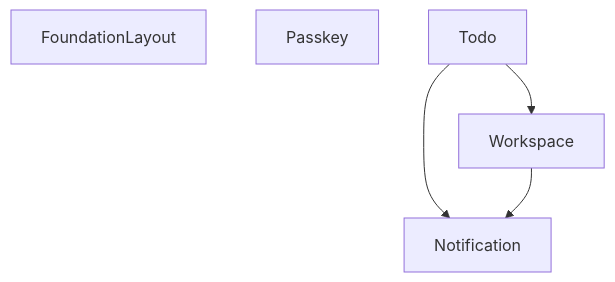
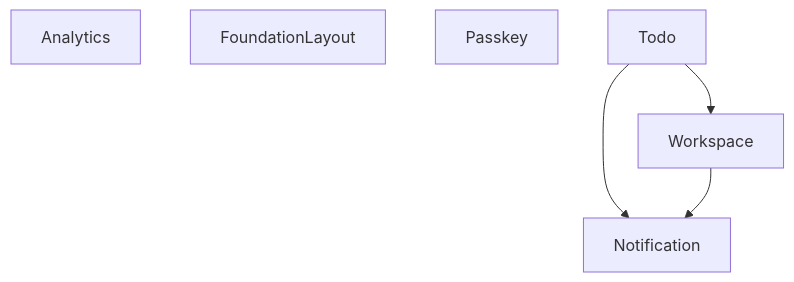
The diagram in docs/module-dependency-graph.md (rokde/laravel-starter-kit), drawn with Mermaid before and after one commit. The commit also changed other lines of this file, not shown here.

First line of the commit message:
Add Analytics module details to dependency graph docs

````diff
--- a/docs/module-dependency-graph.md
+++ b/docs/module-dependency-graph.md
@@ -5,11 +5,12 @@
 ```mermaid
 graph TD;
+    analytics["Analytics"];
     foundationLayout["FoundationLayout"];
     notification["Notification"];
     passkey["Passkey"];
     todo["Todo"];
     workspace["Workspace"];
     todo --> workspace;
     todo --> notification;
     workspace --> notification;
 ```
````
